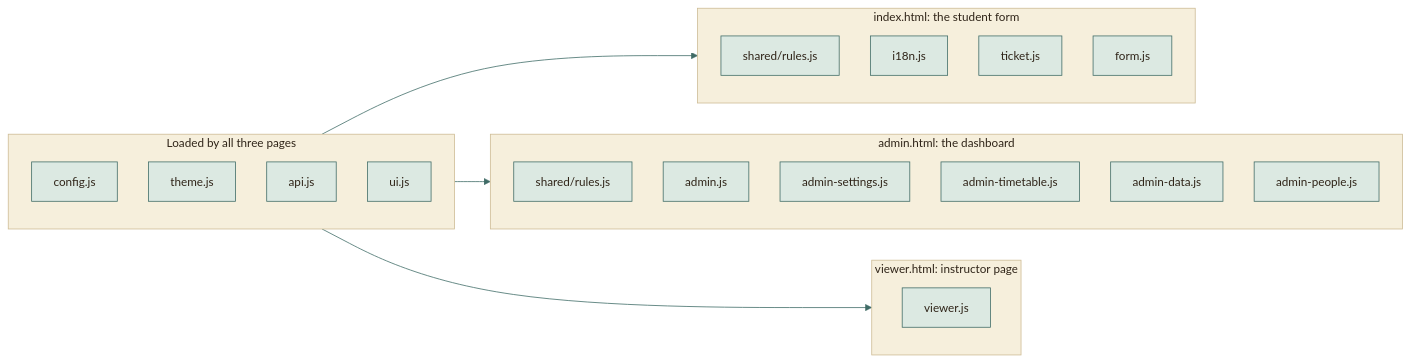
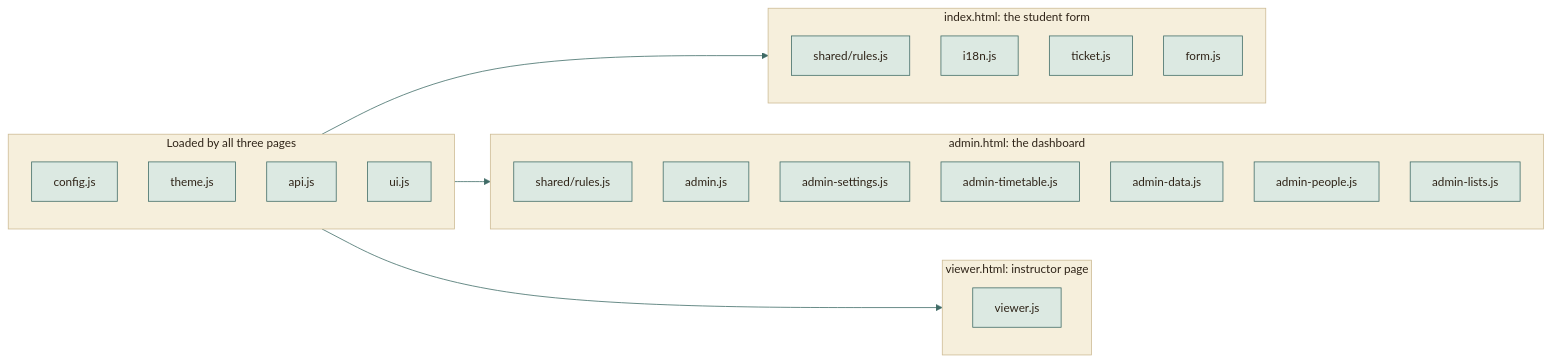
Before and after one commit to moyeh04/forms-platform: the second of 3 diagrams in docs/MODULES.md, drawn with Mermaid. The commit also changed other lines of this file and 4 other files, not shown here.

````diff
--- a/docs/MODULES.md
+++ b/docs/MODULES.md
@@ -59,57 +59,58 @@
 ```mermaid
 %%{init: {
   'theme': 'base',
   'themeVariables': {
     'fontFamily': 'ui-sans-serif, system-ui, -apple-system, Segoe UI, Roboto, sans-serif',
     'fontSize': '15px',
     'primaryColor': '#DCE9E2', 'primaryBorderColor': '#3F6B66', 'primaryTextColor': '#2F2418',
     'secondaryColor': '#F0E4C8', 'secondaryBorderColor': '#C9A24A', 'secondaryTextColor': '#2F2418',
     'tertiaryColor': '#F6EFDC', 'tertiaryBorderColor': '#CDBB94', 'tertiaryTextColor': '#2F2418',
     'lineColor': '#3F6B66', 'textColor': '#2F2418', 'mainBkg': '#DCE9E2', 'nodeBorder': '#3F6B66',
     'clusterBkg': '#F6EFDC', 'clusterBorder': '#CDBB94', 'titleColor': '#2F2418',
     'edgeLabelBackground': '#F8F1DD',
     'actorBkg': '#DCE9E2', 'actorBorder': '#3F6B66', 'actorTextColor': '#2F2418', 'actorLineColor': '#8FB3AB',
     'signalColor': '#477A73', 'signalTextColor': '#477A73',
     'labelBoxBkgColor': '#F0E4C8', 'labelBoxBorderColor': '#C9A24A', 'labelTextColor': '#2F2418', 'loopTextColor': '#6A5A44',
     'noteBkgColor': '#FBEFC9', 'noteBorderColor': '#C9A24A', 'noteTextColor': '#2F2418',
     'activationBkgColor': '#DCE9E2', 'activationBorderColor': '#3F6B66', 'sequenceNumberColor': '#F8F1DD',
     'transitionColor': '#3F6B66', 'stateLabelColor': '#2F2418', 'stateBkg': '#DCE9E2', 'altBackground': '#F6EFDC',
     'attributeBackgroundColorOdd': '#F8F1DD', 'attributeBackgroundColorEven': '#F0E4C8'
   },
   'flowchart': {'curve': 'basis', 'padding': 14, 'nodeSpacing': 40, 'rankSpacing': 46},
   'sequence': {'mirrorActors': false, 'messageMargin': 34, 'boxMargin': 8}
 }}%%
 flowchart LR
     subgraph common["Loaded by all three pages"]
         cfg["config.js"]
         th["theme.js"]
         api["api.js"]
         ui["ui.js"]
     end
     subgraph index["index.html: the student form"]
         r1["shared/rules.js"]
         i18n["i18n.js"]
         tk["ticket.js"]
         fm["form.js"]
     end
     subgraph admin["admin.html: the dashboard"]
         r2["shared/rules.js"]
         a1["admin.js"]
         a2["admin-settings.js"]
         a5["admin-timetable.js"]
         a3["admin-data.js"]
         a4["admin-people.js"]
+        a6["admin-lists.js"]
     end
     subgraph viewer["viewer.html: instructor page"]
         v1["viewer.js"]
     end
     common --> index
     common --> admin
     common --> viewer
     classDef cDb fill:#F3E2B3,stroke:#B8892D,stroke-width:1.5px,color:#2F2418
     classDef cActor fill:#F4D9D3,stroke:#9A3328,stroke-width:1.5px,color:#2F2418
     classDef cDec fill:#FBEFC9,stroke:#C9A24A,stroke-width:1.5px,color:#2F2418
     classDef cEnd fill:#2F2418,stroke:#2F2418,color:#F8F1DD
     classDef cErr fill:#F6D5CF,stroke:#A12B1F,stroke-width:1.5px,color:#5A140C
     classDef cOk fill:#BFD9CF,stroke:#2E5A55,stroke-width:1.5px,color:#17302D
 ```
````
